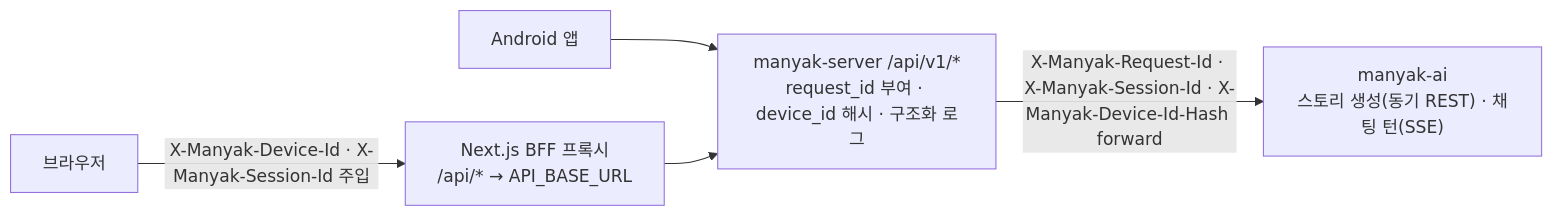
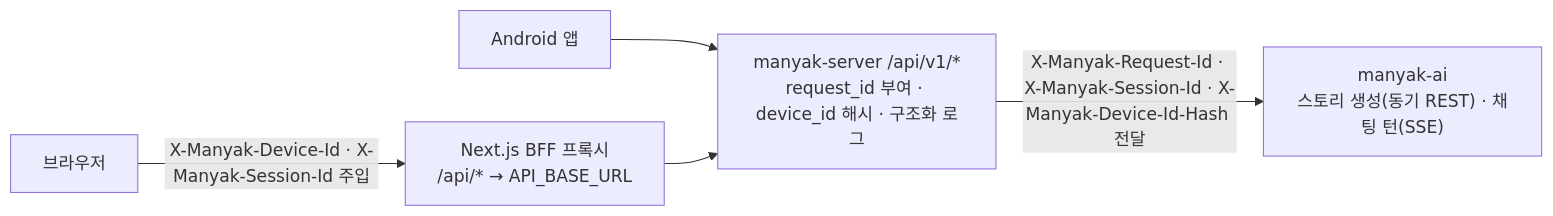
The diagram in docs/design/2-backend-server-design.md (KIM-N-KANG/knk-harness), drawn with Mermaid before and after one commit. The commit also changed other lines of this file and 10 other files, not shown here.

````diff
--- a/docs/design/2-backend-server-design.md
+++ b/docs/design/2-backend-server-design.md
@@ -61,7 +57,7 @@
 ```mermaid
 graph LR
     Browser[브라우저] -->|X-Manyak-Device-Id · X-Manyak-Session-Id 주입| BFF["Next.js BFF 프록시<br/>/api/* → API_BASE_URL"]
     Android[Android 앱] --> Server
     BFF --> Server["manyak-server /api/v1/*<br/>request_id 부여 · device_id 해시 · 구조화 로그"]
-    Server -->|X-Manyak-Request-Id · X-Manyak-Session-Id · X-Manyak-Device-Id-Hash forward| AI["manyak-ai<br/>스토리 생성(동기 REST) · 채팅 턴(SSE)"]
+    Server -->|X-Manyak-Request-Id · X-Manyak-Session-Id · X-Manyak-Device-Id-Hash 전달| AI["manyak-ai<br/>스토리 생성(동기 REST) · 채팅 턴(SSE)"]
 ```
````
